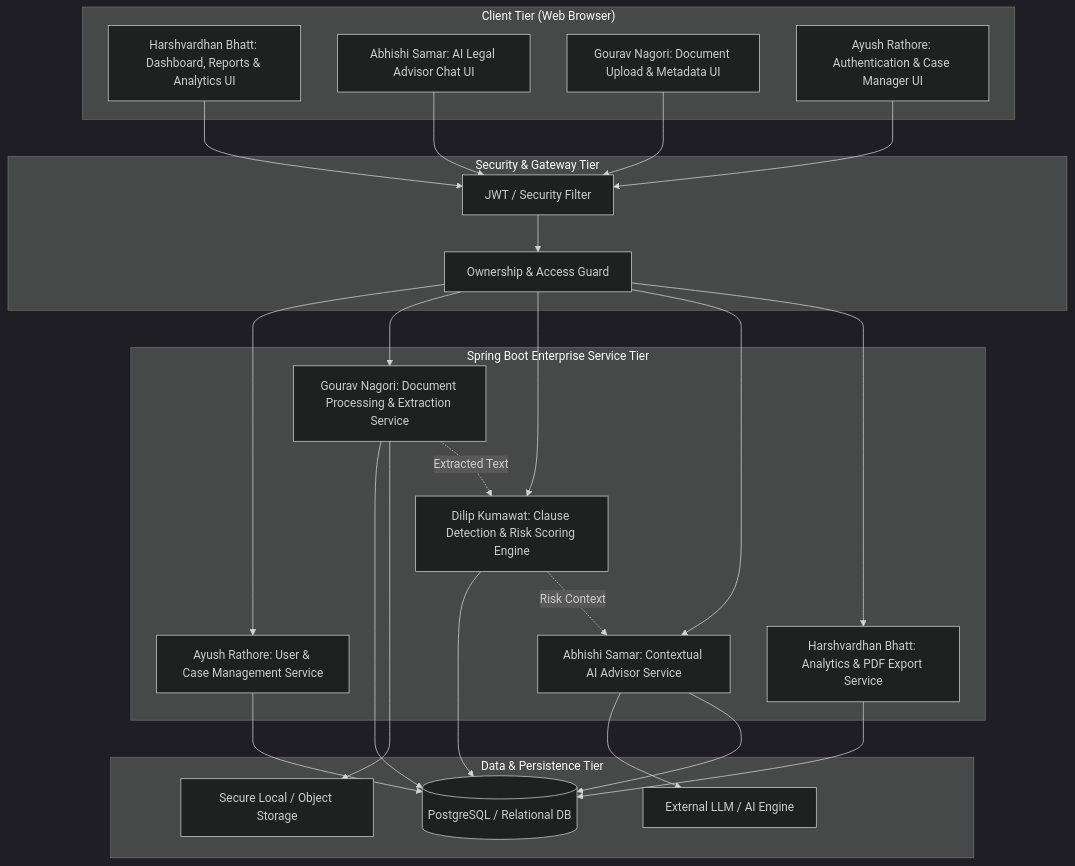
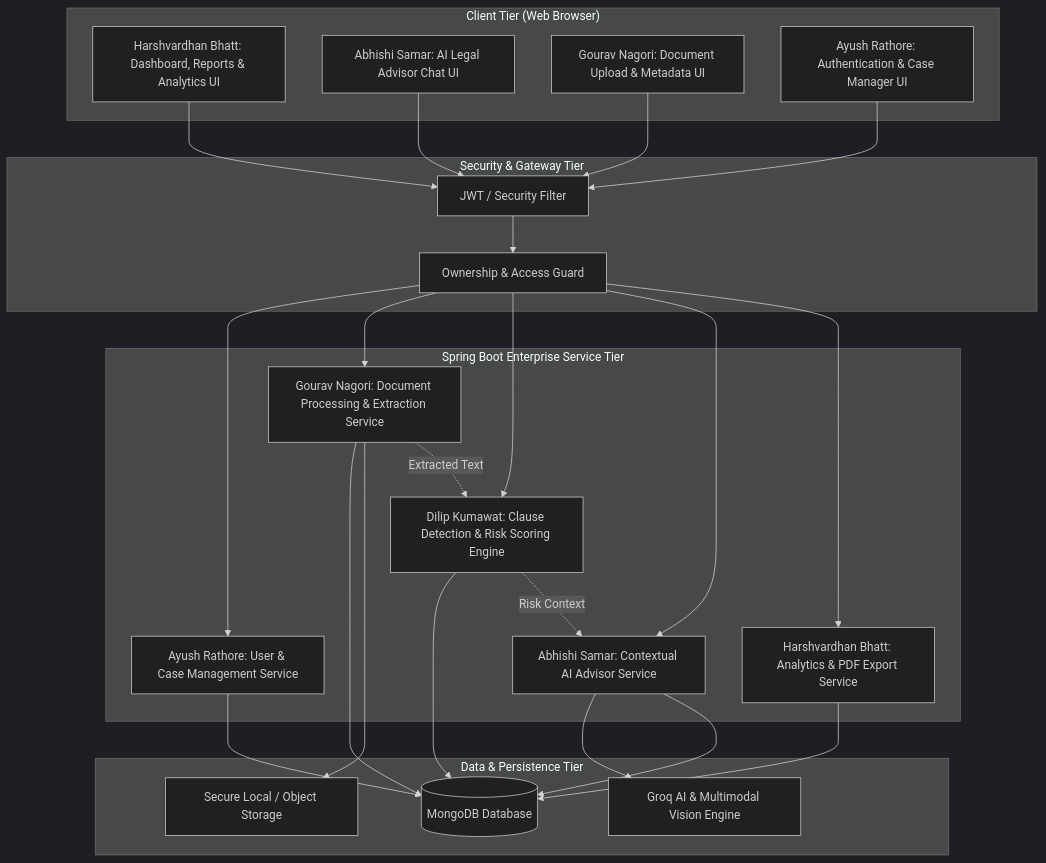
Before and after one commit to gouravnagori/Java-PBL: the diagram in README.md, drawn with Mermaid (dark theme). The commit also changed other lines of this file, not shown here.

Commit message:
docs: update tech stack to MongoDB, Groq Vision OCR, and Document Management module integration

````diff
--- a/README.md
+++ b/README.md
@@ -84,50 +85,50 @@
 ```mermaid
 flowchart TD
     subgraph Client["Client Tier (Web Browser)"]
         UI["Harshvardhan Bhatt: Dashboard, Reports & Analytics UI"]
         ChatUI["Abhishi Samar: AI Legal Advisor Chat UI"]
         UploadUI["Gourav Nagori: Document Upload & Metadata UI"]
         AuthUI["Ayush Rathore: Authentication & Case Manager UI"]
     end
 
     subgraph SecurityTier["Security & Gateway Tier"]
         AuthFilter["JWT / Security Filter"]
         RBAC["Ownership & Access Guard"]
     end
 
     subgraph CoreBackend["Spring Boot Enterprise Service Tier"]
         UserSvc["Ayush Rathore: User & Case Management Service"]
         DocSvc["Gourav Nagori: Document Processing & Extraction Service"]
         AnalysisSvc["Dilip Kumawat: Clause Detection & Risk Scoring Engine"]
         AISvc["Abhishi Samar: Contextual AI Advisor Service"]
         ReportSvc["Harshvardhan Bhatt: Analytics & PDF Export Service"]
     end
 
     subgraph StorageEngine["Data & Persistence Tier"]
-        DB[(PostgreSQL / Relational DB)]
+        DB[(MongoDB Database)]
         FileStore[Secure Local / Object Storage]
-        AIProvider[External LLM / AI Engine]
+        AIProvider[Groq AI & Multimodal Vision Engine]
     end
 
     UI --> AuthFilter
     ChatUI --> AuthFilter
     UploadUI --> AuthFilter
     AuthUI --> AuthFilter
 
     AuthFilter --> RBAC
     RBAC --> UserSvc
     RBAC --> DocSvc
     RBAC --> AnalysisSvc
     RBAC --> AISvc
     RBAC --> ReportSvc
 
     UserSvc --> DB
     DocSvc --> DB
     DocSvc --> FileStore
     AnalysisSvc --> DB
     DocSvc -. Extracted Text .-> AnalysisSvc
     AnalysisSvc -. Risk Context .-> AISvc
     AISvc --> AIProvider
     AISvc --> DB
     ReportSvc --> DB
 ```
````
